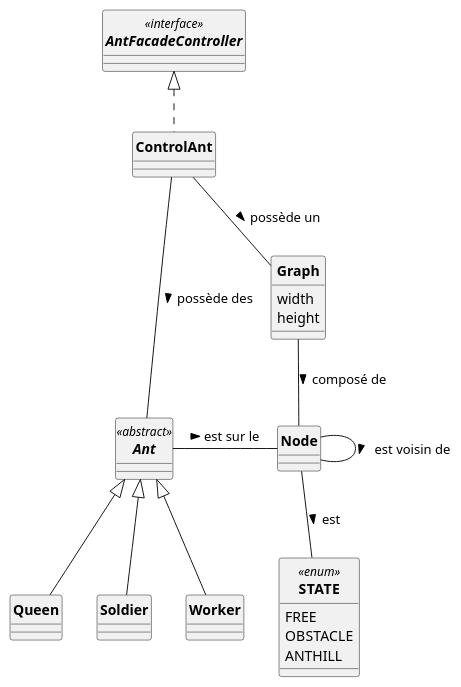
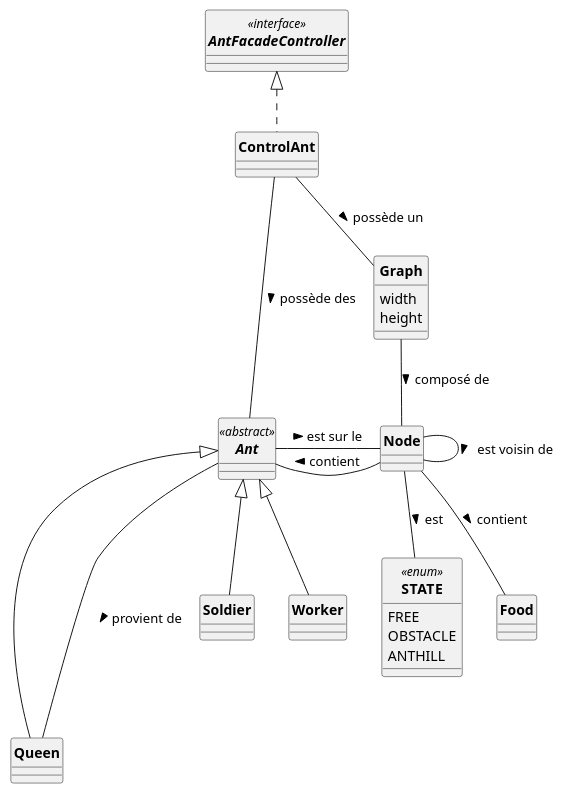
The diagram in src/main/uml/Fourmis_DCa.puml (ErenMustafaGit/ColonieFourmis), drawn with PlantUML before and after one commit. The commit also changed 2 other files, not shown here.

Commit message:
DC : Food + Phéromone + collectCapacity + collect DCa : Food + Colony Ds : Correction

```diff
--- a/src/main/uml/Fourmis_DCa.puml
+++ b/src/main/uml/Fourmis_DCa.puml
@@ -1,55 +1,63 @@
 @startuml
 'https://plantuml.com/sequence-diagram
 skinparam style strictuml
 skinparam classAttributeIconSize 0
 skinparam circledCharacterRadius 0
 skinparam circledCharacterFontSize 0
 skinparam classFontStyle Bold
 'autonumber
 
 
 interface AntFacadeController<<interface>>{
 
 }
 
 enum STATE <<enum>> {
     FREE
     OBSTACLE
     ANTHILL
 }
 
 
 class Graph {
      width
      height
 }
 class Node{
 }
 
+class Food{
+}
+
 abstract Ant <<abstract>>{
 
 }
 
 class Queen extends Ant{
 
 }
 
 class Soldier extends Ant{
 
 }
 
 class Worker extends Ant{
 }
 
+
 class ControlAnt implements AntFacadeController{
 
 }
 
 Node - Node : est voisin de >
 ControlAnt -- Graph : possède un >
 ControlAnt --- Ant : possède des >
 Graph -- Node : composé de >
 Ant  - Node : est sur le >
 Node --  STATE : est >
+Node -- Food : contient >
+Node - Ant : contient >
+
+Ant --- Queen : provient de >
 
 @enduml
```
